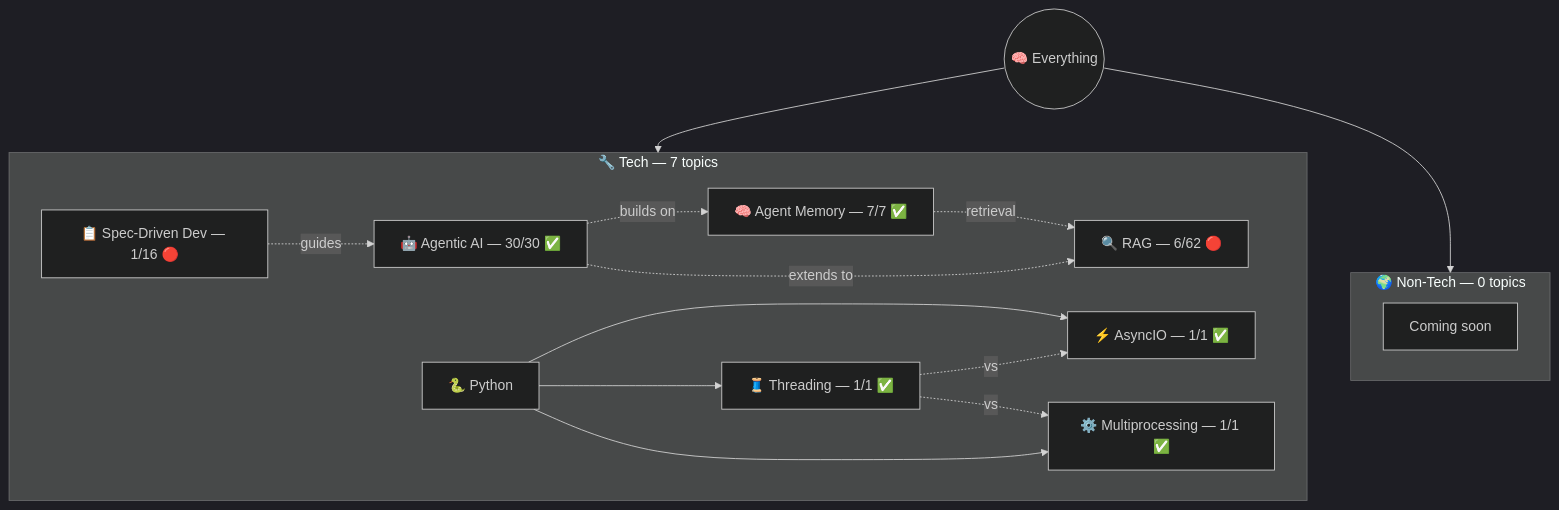
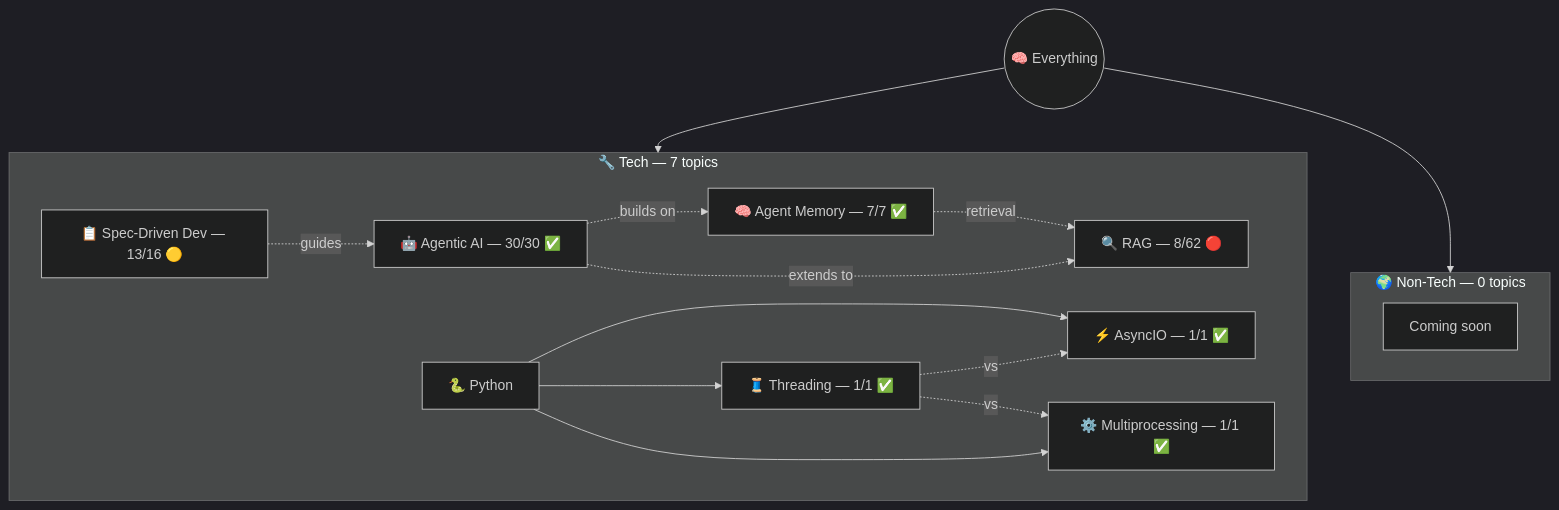
The diagram in _maps/everything.md (AyushSonuu/my-memory), drawn with Mermaid (dark theme) before and after one commit. The commit also changed other lines of this file and 263 other files, not shown here.

Commit message:
🔄 full sync: maps, READMEs, nav, docs — corrected SDD 13/16, RAG 8/62, revision warnings

````diff
--- a/_maps/everything.md
+++ b/_maps/everything.md
@@ -5,28 +5,28 @@
 ```mermaid
 graph TB
     ROOT(("🧠 Everything"))
     
     subgraph TECH ["🔧 Tech — 7 topics"]
         AG["🤖 Agentic AI — 30/30 ✅"]
         AM["🧠 Agent Memory — 7/7 ✅"]
-        RAG["🔍 RAG — 6/62 🔴"]
-        SDD["📋 Spec-Driven Dev — 1/16 🔴"]
+        RAG["🔍 RAG — 8/62 🔴"]
+        SDD["📋 Spec-Driven Dev — 13/16 🟡"]
         PY["🐍 Python"]
         PY --> AIO["⚡ AsyncIO — 1/1 ✅"]
         PY --> THR["🧵 Threading — 1/1 ✅"]
         PY --> MP["⚙️ Multiprocessing — 1/1 ✅"]
         AG -.->|"builds on"| AM
         AM -.->|"retrieval"| RAG
         AG -.->|"extends to"| RAG
         SDD -.->|"guides"| AG
         THR -.->|"vs"| AIO
         THR -.->|"vs"| MP
     end
 
     subgraph NT ["🌍 Non-Tech — 0 topics"]
         NTE["Coming soon"]
     end
 
     ROOT --> TECH
     ROOT --> NT
 ```
````
